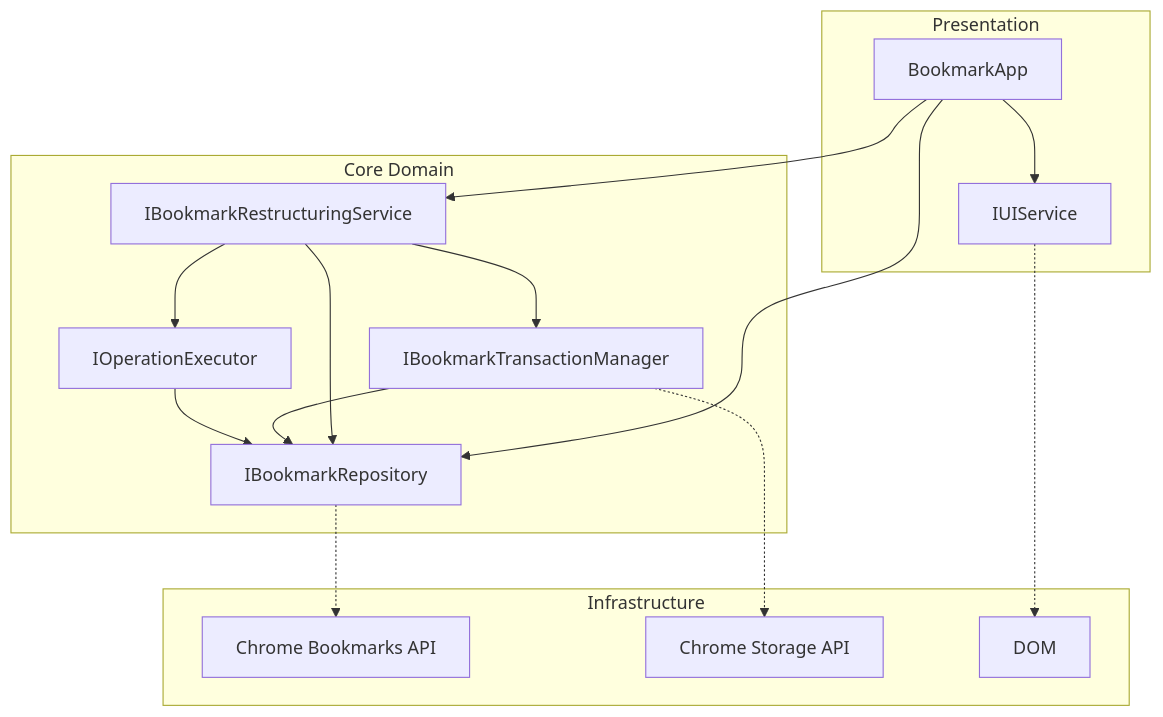
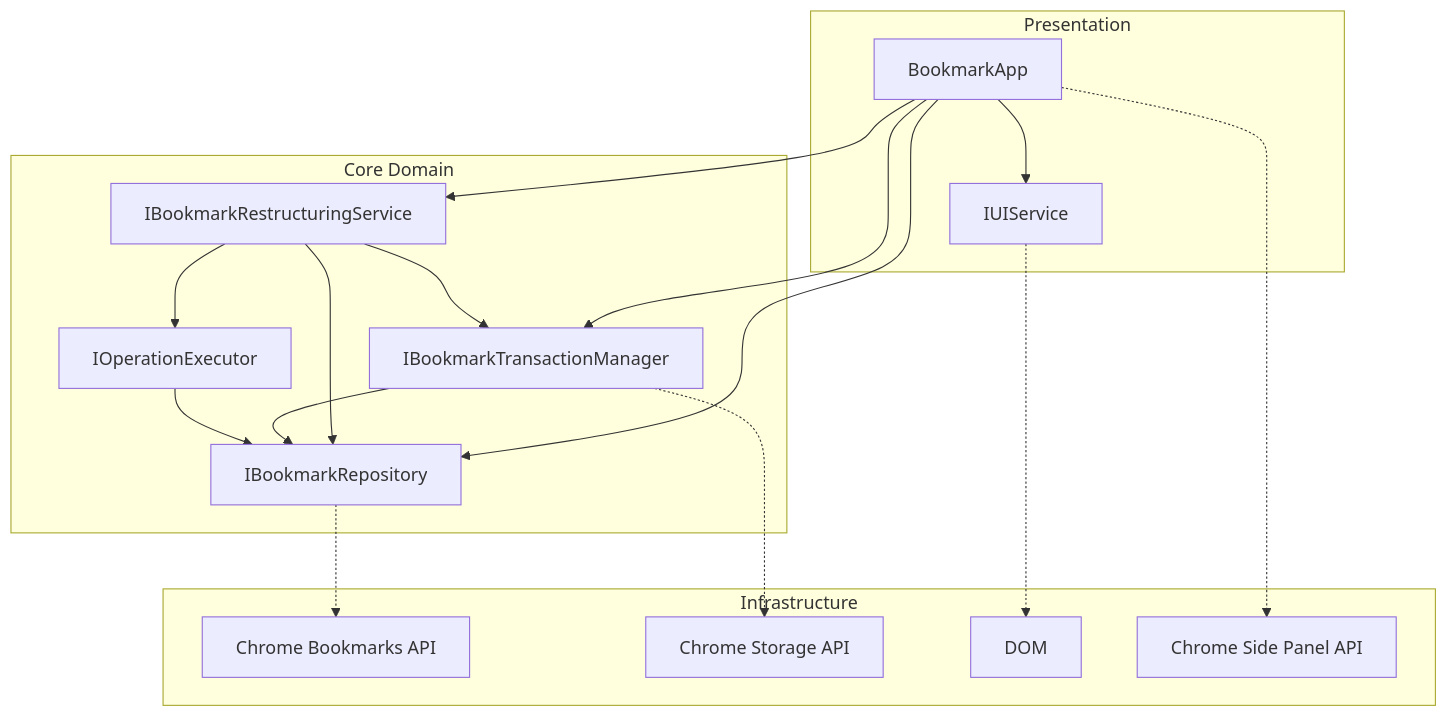
The second of 2 diagrams in spec.md (m1981/bookmark-man), drawn with Mermaid before and after one commit. The commit also changed other lines of this file and 1 other file, not shown here.

````diff
--- a/spec.md
+++ b/spec.md
@@ -283,35 +256,38 @@
 ```mermaid
 flowchart TD
     A[BookmarkApp] --> B[IBookmarkRepository]
     A --> C[IBookmarkRestructuringService]
     A --> D[IUIService]
+    A --> E[IBookmarkTransactionManager]
     
     C --> B
-    C --> E[IBookmarkTransactionManager]
+    C --> E
     C --> F[IOperationExecutor]
     
     E --> B
     F --> B
     
     B -.-> G[Chrome Bookmarks API]
     E -.-> H[Chrome Storage API]
     D -.-> I[DOM]
+    A -.-> J[Chrome Side Panel API]
     
     subgraph "Core Domain"
     B
     C
     E
     F
     end
     
     subgraph "Infrastructure"
     G
     H
     I
+    J
     end
     
     subgraph "Presentation"
     A
     D
     end
 ```
````
